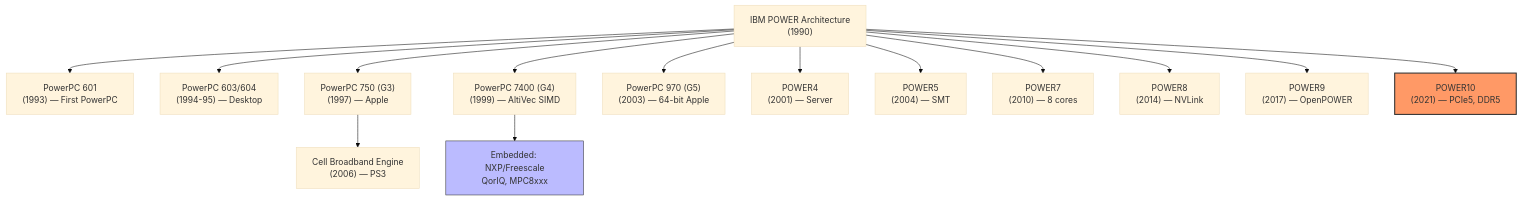
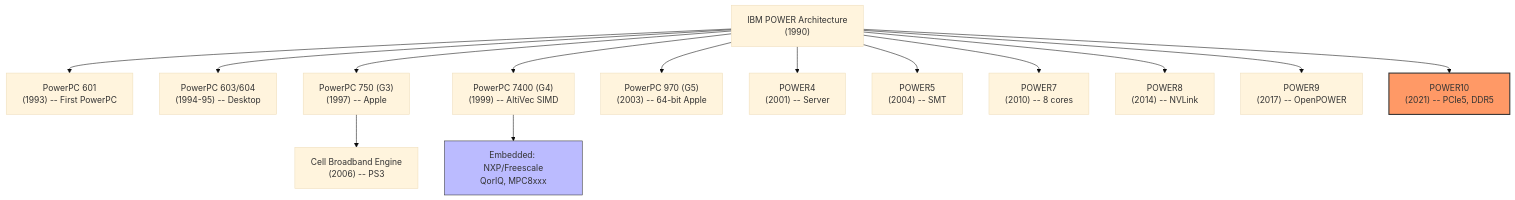
The first of 6 diagrams in src/arch/powerpc.md (Abhinav-Kumar012/lb2), drawn with Mermaid (base theme) before and after one commit. The commit also changed other lines of this file and 211 other files, not shown here.

First line of the commit message:
fix: mermaid syntax issues across 212 files

````diff
--- a/src/arch/powerpc.md
+++ b/src/arch/powerpc.md
@@ -13,21 +13,21 @@
 ```mermaid
 graph TD
-    POWER["IBM POWER Architecture<br/>(1990)"]
-    POWER --> PPC1["PowerPC 601<br/>(1993) — First PowerPC"]
-    POWER --> PPC2["PowerPC 603/604<br/>(1994-95) — Desktop"]
-    POWER --> PPC3["PowerPC 750 (G3)<br/>(1997) — Apple"]
-    POWER --> PPC4["PowerPC 7400 (G4)<br/>(1999) — AltiVec SIMD"]
-    POWER --> PPC5["PowerPC 970 (G5)<br/>(2003) — 64-bit Apple"]
-    POWER --> POWER4["POWER4<br/>(2001) — Server"]
-    POWER --> POWER5["POWER5<br/>(2004) — SMT"]
-    POWER --> POWER7["POWER7<br/>(2010) — 8 cores"]
-    POWER --> POWER8["POWER8<br/>(2014) — NVLink"]
-    POWER --> POWER9["POWER9<br/>(2017) — OpenPOWER"]
-    POWER --> POWER10["POWER10<br/>(2021) — PCIe5, DDR5"]
+    POWER["IBM POWER Architecture<br>(1990)"]
+    POWER --> PPC1["PowerPC 601<br>(1993) -- First PowerPC"]
+    POWER --> PPC2["PowerPC 603/604<br>(1994-95) -- Desktop"]
+    POWER --> PPC3["PowerPC 750 (G3)<br>(1997) -- Apple"]
+    POWER --> PPC4["PowerPC 7400 (G4)<br>(1999) -- AltiVec SIMD"]
+    POWER --> PPC5["PowerPC 970 (G5)<br>(2003) -- 64-bit Apple"]
+    POWER --> POWER4["POWER4<br>(2001) -- Server"]
+    POWER --> POWER5["POWER5<br>(2004) -- SMT"]
+    POWER --> POWER7["POWER7<br>(2010) -- 8 cores"]
+    POWER --> POWER8["POWER8<br>(2014) -- NVLink"]
+    POWER --> POWER9["POWER9<br>(2017) -- OpenPOWER"]
+    POWER --> POWER10["POWER10<br>(2021) -- PCIe5, DDR5"]
     
-    PPC3 --> CELL["Cell Broadband Engine<br/>(2006) — PS3"]
-    PPC4 --> EMBEDDED["Embedded: NXP/Freescale<br/>QorIQ, MPC8xxx"]
+    PPC3 --> CELL["Cell Broadband Engine<br>(2006) -- PS3"]
+    PPC4 --> EMBEDDED["Embedded: NXP/Freescale<br>QorIQ, MPC8xxx"]
     
     style POWER10 fill:#f96,stroke:#333,stroke-width:2px
     style EMBEDDED fill:#bbf,stroke:#333
 ```
````
